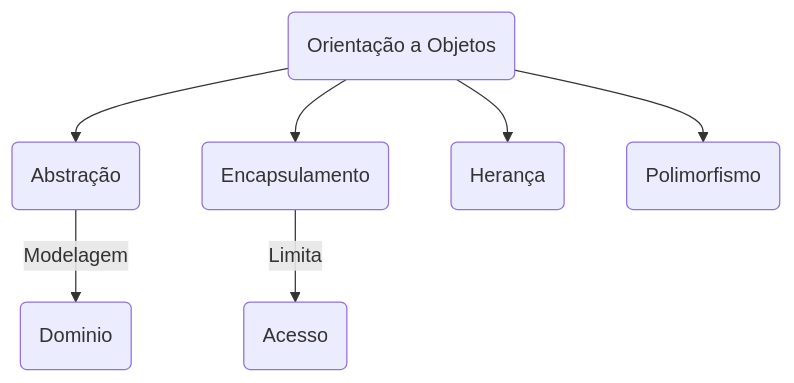
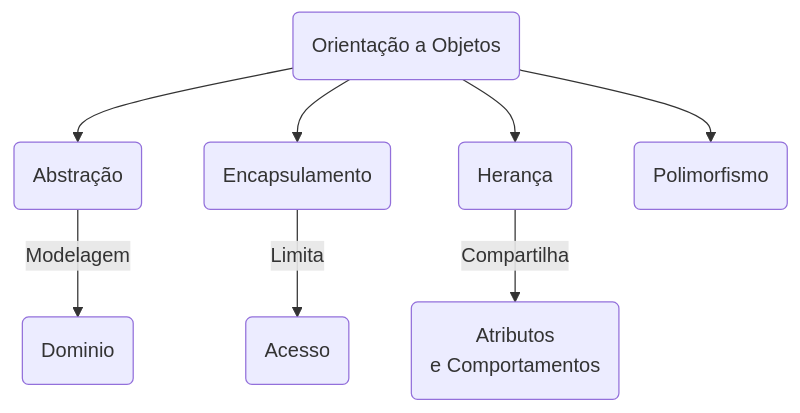
The first of 2 diagrams in Tecnica de Programacao II/Desenvolvimento em Aula/poo_review/README.md (brunounky/Desenvolvimento-de-Software-Multiplataforma-Fatec-Araras), drawn with Mermaid before and after one commit. The commit also changed other lines of this file and 7 other files, not shown here.

````diff
--- a/Tecnica de Programacao II/Desenvolvimento em Aula/poo_review/README.md
+++ b/Tecnica de Programacao II/Desenvolvimento em Aula/poo_review/README.md
@@ -3,16 +3,17 @@
 ```mermaid
 flowchart TD
 abs(Abstração)
 enc(Encapsulamento)
 her(Herança)
 pol(Polimorfismo)
 poo(Orientação a Objetos)
 
 poo --> abs
 poo --> enc
 poo --> her
 poo --> pol
 
 abs --Modelagem -->dom(Dominio)
 enc --Limita--> e1("Acesso")
+her --Compartilha--> h1("Atributos\ne Comportamentos")
 ```
````
